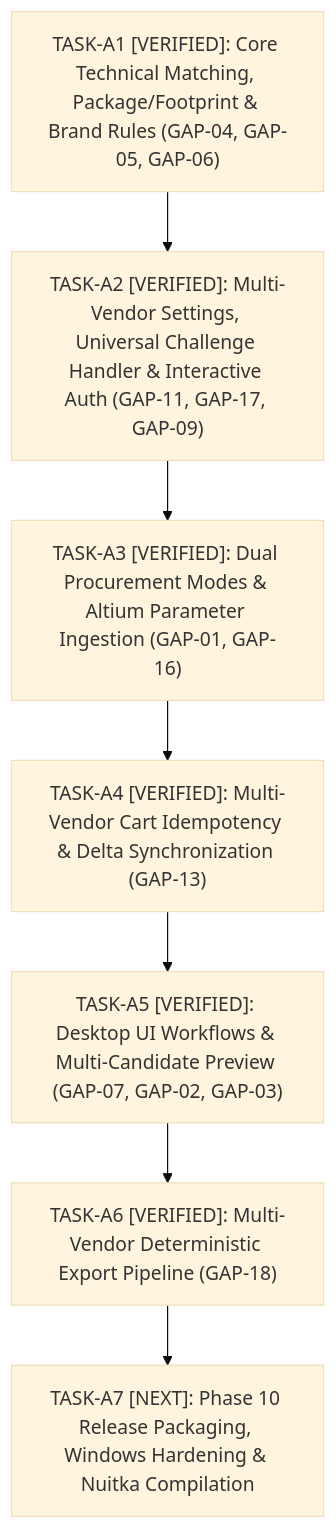
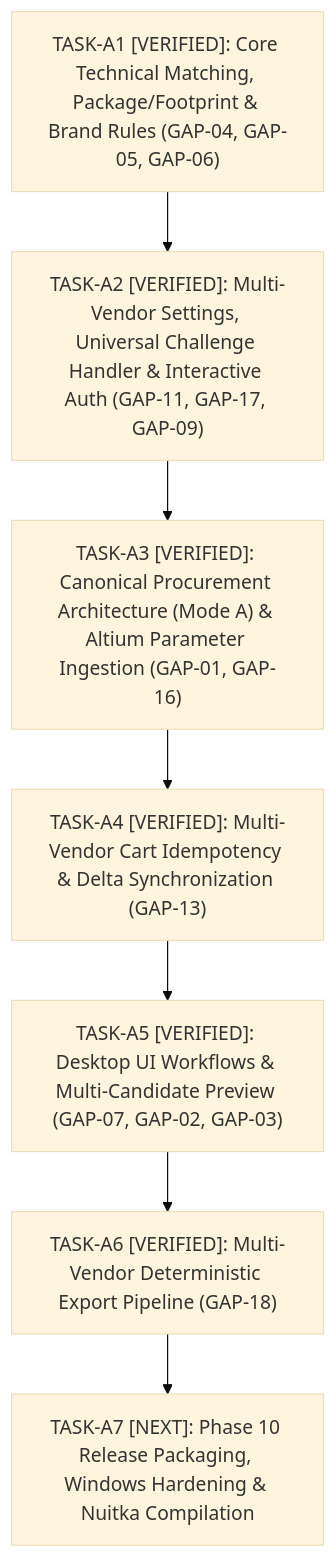
One commit to AminDenizer/Omnix changed the diagram in docs/PRODUCT/CANONICAL_GAP_REGISTRY.md. Above: the diagram before and after it, drawn with Mermaid (base theme). The commit also changed other lines of this file and 144 other files, not shown here.

````diff
--- a/docs/PRODUCT/CANONICAL_GAP_REGISTRY.md
+++ b/docs/PRODUCT/CANONICAL_GAP_REGISTRY.md
@@ -136,17 +136,17 @@
 ```mermaid
 flowchart TD
     A1["TASK-A1 [VERIFIED]: Core Technical Matching, Package/Footprint & Brand Rules (GAP-04, GAP-05, GAP-06)"]
     A2["TASK-A2 [VERIFIED]: Multi-Vendor Settings, Universal Challenge Handler & Interactive Auth (GAP-11, GAP-17, GAP-09)"]
-    A3["TASK-A3 [VERIFIED]: Dual Procurement Modes & Altium Parameter Ingestion (GAP-01, GAP-16)"]
+    A3["TASK-A3 [VERIFIED]: Canonical Procurement Architecture (Mode A) & Altium Parameter Ingestion (GAP-01, GAP-16)"]
     A4["TASK-A4 [VERIFIED]: Multi-Vendor Cart Idempotency & Delta Synchronization (GAP-13)"]
     A5["TASK-A5 [VERIFIED]: Desktop UI Workflows & Multi-Candidate Preview (GAP-07, GAP-02, GAP-03)"]
     A6["TASK-A6 [VERIFIED]: Multi-Vendor Deterministic Export Pipeline (GAP-18)"]
     A7["TASK-A7 [NEXT]: Phase 10 Release Packaging, Windows Hardening & Nuitka Compilation"]
 
     A1 --> A2
     A2 --> A3
     A3 --> A4
     A4 --> A5
     A5 --> A6
     A6 --> A7
 ```
````
